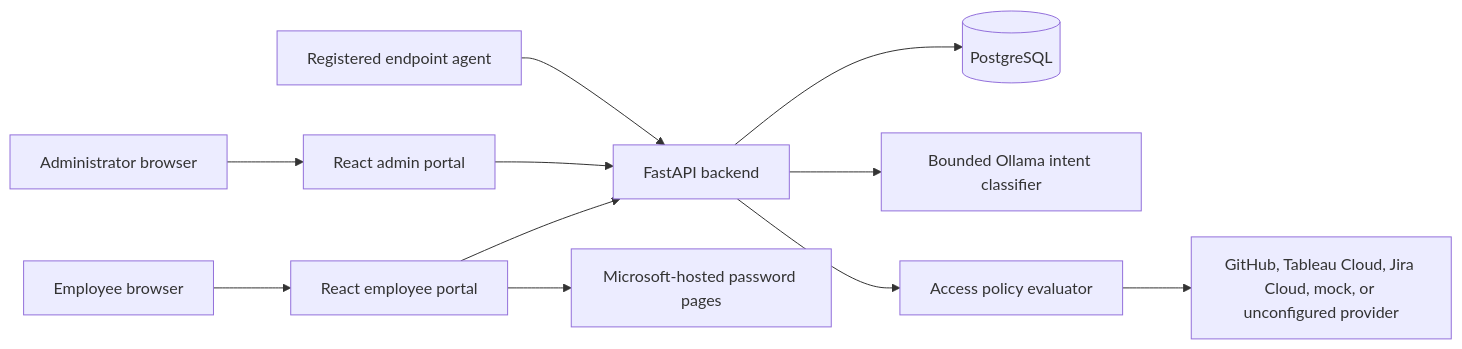
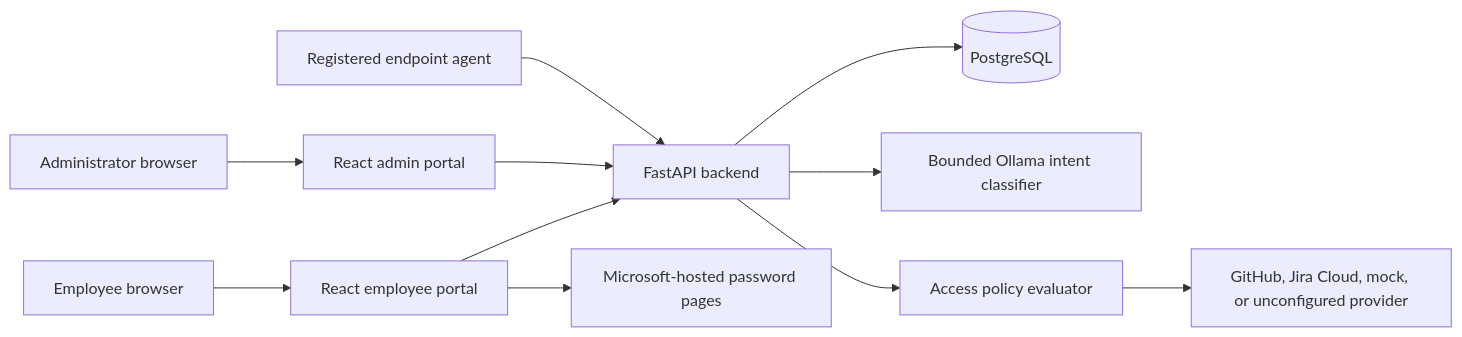
One commit to SaiTharunV0/AutoDeskAI changed the first of 2 diagrams in PROJECT_DOCUMENTATION.md. Above: the diagram before and after it, drawn with Mermaid. The commit also changed other lines of this file and 17 other files, not shown here.

````diff
--- a/PROJECT_DOCUMENTATION.md
+++ b/PROJECT_DOCUMENTATION.md
@@ -101,13 +101,13 @@
 ```mermaid
 flowchart LR
     E[Employee browser] --> F[React employee portal]
     A[Administrator browser] --> G[React admin portal]
     F --> API[FastAPI backend]
     G --> API
     API --> DB[(PostgreSQL)]
     API --> C[Bounded Ollama intent classifier]
     F --> M[Microsoft-hosted password pages]
     API --> P[Access policy evaluator]
-    P --> S[GitHub, Tableau Cloud, Jira Cloud, mock, or unconfigured provider]
+    P --> S[GitHub, Jira Cloud, mock, or unconfigured provider]
     D[Registered endpoint agent] --> API
 ```
````
